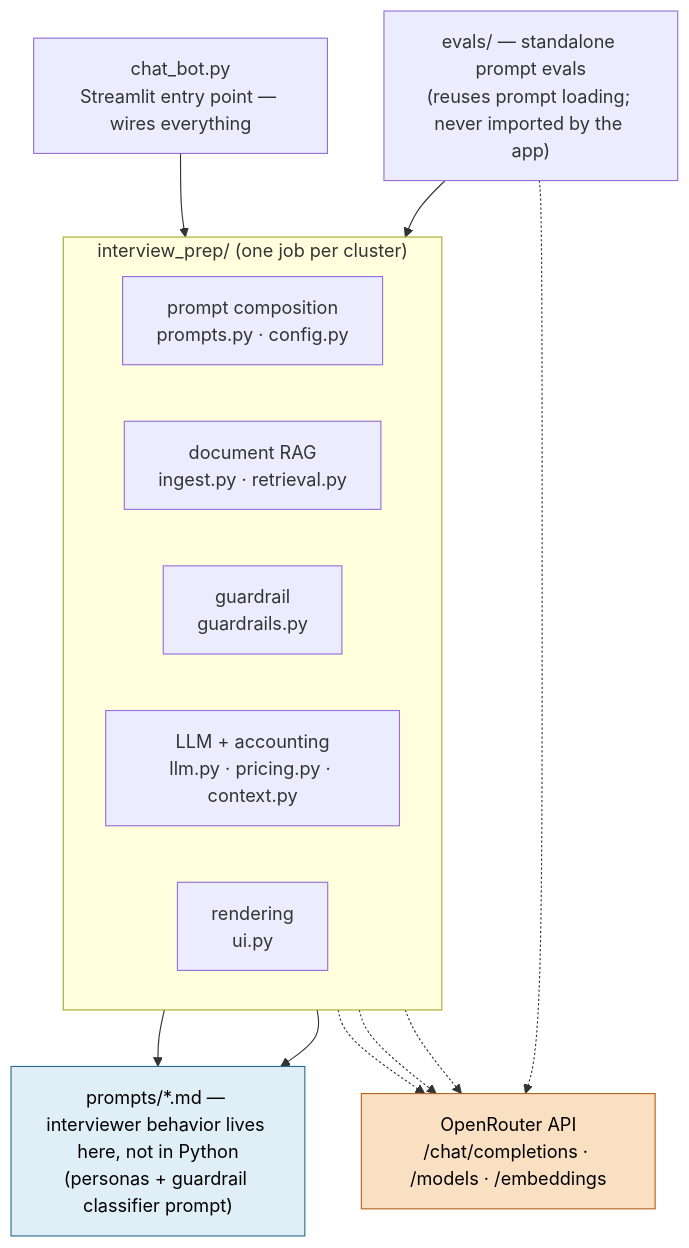
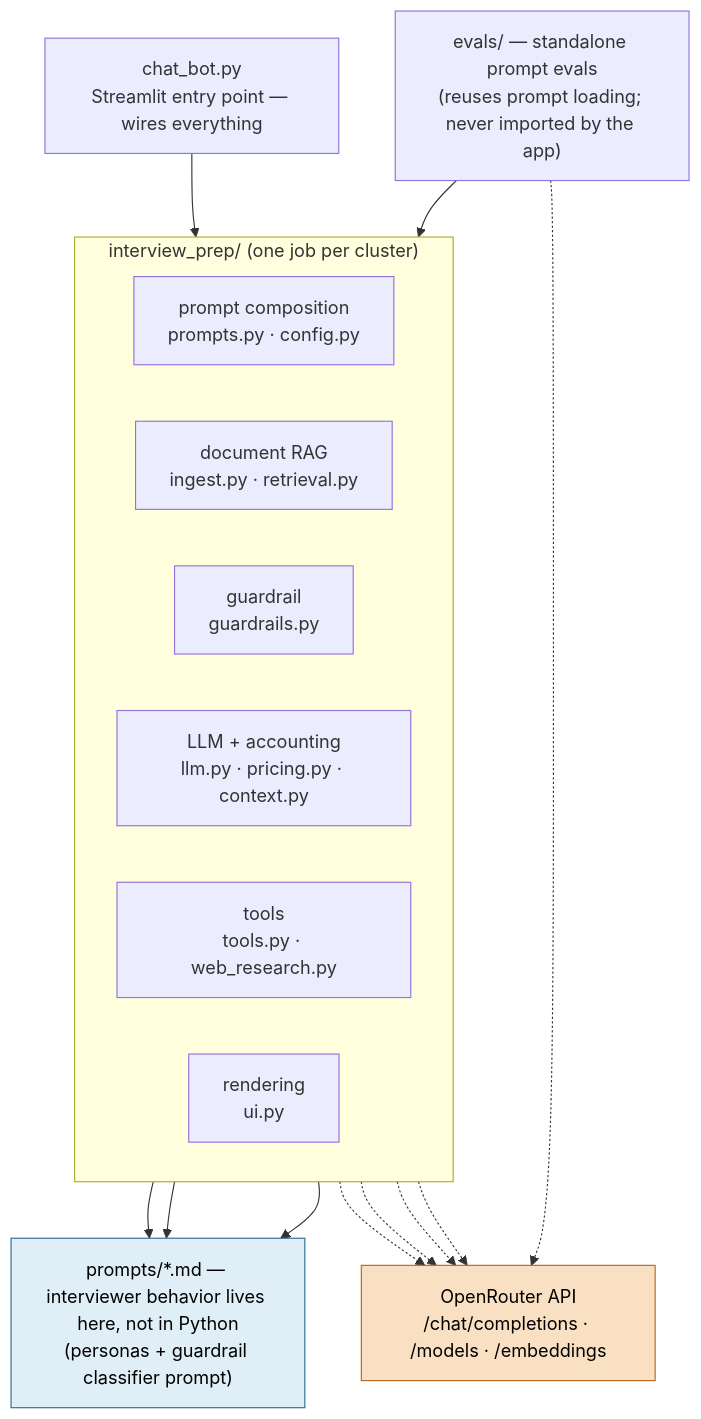
The fourth of 4 diagrams in docs/diagrams/architecture.md (DukeOfErl/interv_preper), drawn with Mermaid before and after one commit. The commit also changed other lines of this file and 22 other files, not shown here.

````diff
--- a/docs/diagrams/architecture.md
+++ b/docs/diagrams/architecture.md
@@ -79,31 +114,34 @@
 ```mermaid
 flowchart TB
     entry["chat_bot.py<br/>Streamlit entry point — wires everything"]
 
     subgraph pkg["interview_prep/ (one job per cluster)"]
         direction LR
         promptsC["prompt composition<br/>prompts.py · config.py"]
         rag["document RAG<br/>ingest.py · retrieval.py"]
         safety["guardrail<br/>guardrails.py"]
         llmC["LLM + accounting<br/>llm.py · pricing.py · context.py"]
+        toolsC["tools<br/>tools.py · web_research.py"]
         uiC["rendering<br/>ui.py"]
     end
 
     mdfiles["prompts/*.md — interviewer behavior lives here, not in Python<br/>(personas + guardrail classifier prompt)"]
     orouter["OpenRouter API<br/>/chat/completions · /models · /embeddings"]
     evals["evals/ — standalone prompt evals<br/>(reuses prompt loading; never imported by the app)"]
 
     entry --> pkg
     promptsC --> mdfiles
     safety --> mdfiles
+    toolsC --> mdfiles
     rag -.-> orouter
     safety -.-> orouter
     llmC -.-> orouter
+    toolsC -.-> orouter
     evals --> promptsC
     evals -.-> orouter
 
     classDef ext fill:#f9e0c3,stroke:#b5651d,color:#000
     classDef mdfile fill:#dfeef7,stroke:#2b6a8f,color:#000
     class orouter ext
     class mdfiles mdfile
 ```
````
